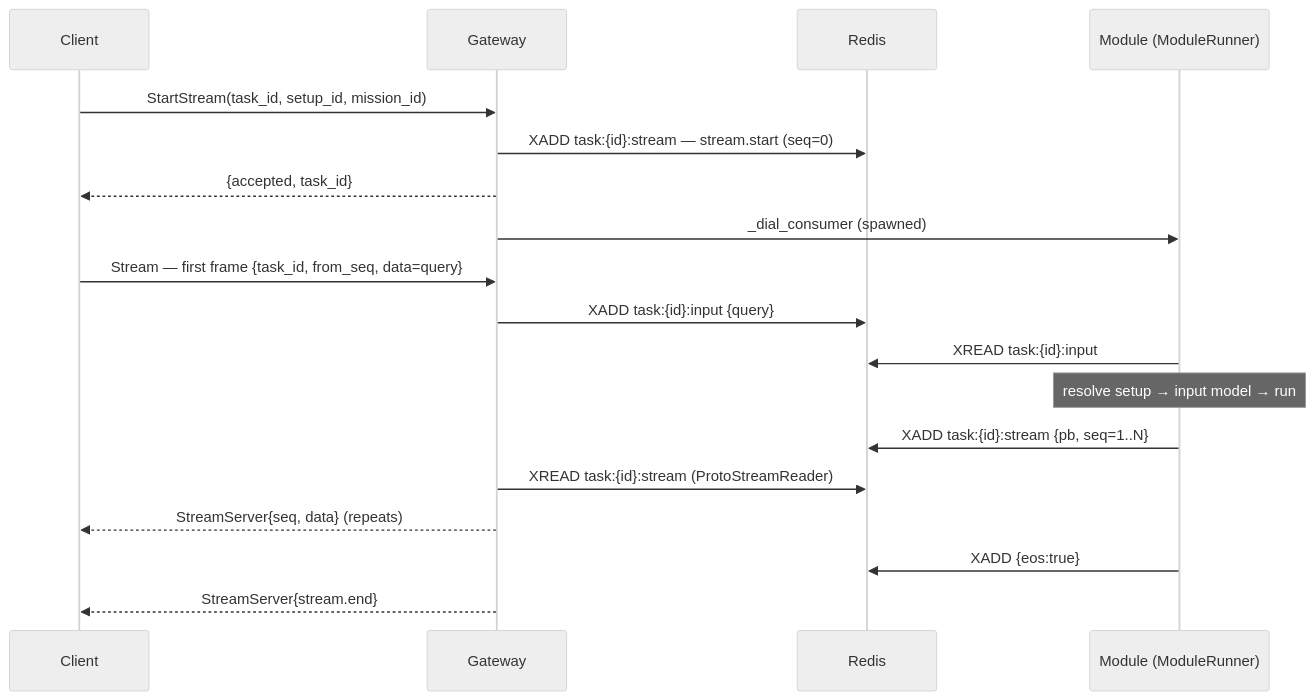
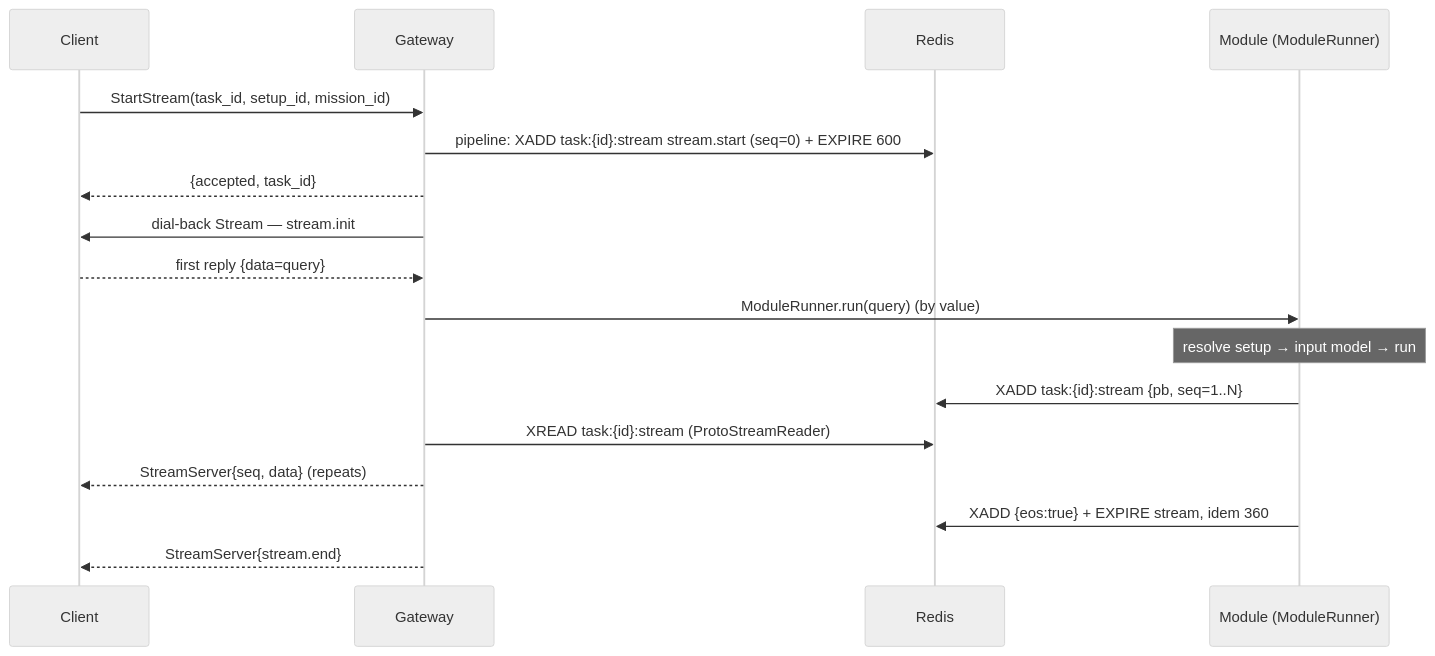
The diagram in docs/diagrams/talk-request-flow.mmd (DigitalKin-ai/digitalkin), drawn with Mermaid (neutral theme) before and after one commit. The commit also changed 141 other files, not shown here.

```diff
--- a/docs/diagrams/talk-request-flow.mmd
+++ b/docs/diagrams/talk-request-flow.mmd
@@ -1,20 +1,18 @@
 sequenceDiagram
     participant C as Client
     participant GW as Gateway
     participant R as Redis
     participant M as Module (ModuleRunner)
 
     C->>GW: StartStream(task_id, setup_id, mission_id)
-    GW->>R: XADD task:{id}:stream — stream.start (seq=0)
+    GW->>R: pipeline: XADD task:{id}:stream stream.start (seq=0) + EXPIRE 600
     GW-->>C: {accepted, task_id}
-    GW->>M: _dial_consumer (spawned)
-
-    C->>GW: Stream — first frame {task_id, from_seq, data=query}
-    GW->>R: XADD task:{id}:input {query}
-    M->>R: XREAD task:{id}:input
+    GW->>C: dial-back Stream — stream.init
+    C-->>GW: first reply {data=query}
+    GW->>M: ModuleRunner.run(query) (by value)
     Note over M: resolve setup → input model → run
     M->>R: XADD task:{id}:stream {pb, seq=1..N}
     GW->>R: XREAD task:{id}:stream (ProtoStreamReader)
     GW-->>C: StreamServer{seq, data}  (repeats)
-    M->>R: XADD {eos:true}
+    M->>R: XADD {eos:true} + EXPIRE stream, idem 360
     GW-->>C: StreamServer{stream.end}
```
